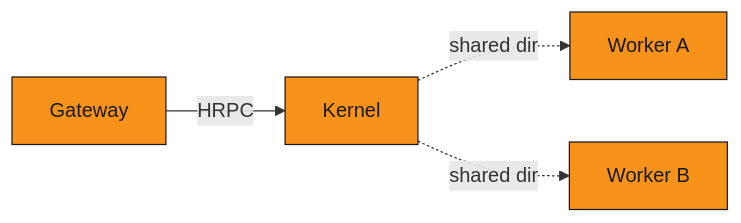
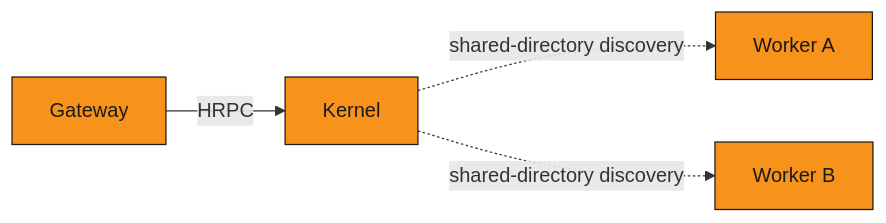
One commit to tekwani/mdk changed the second of 3 diagrams in docs/concepts/deployment-topologies.md. Above: the diagram before and after it, drawn with Mermaid. The commit also changed other lines of this file and 2410 other files, not shown here.

````diff
--- a/docs/concepts/deployment-topologies.md
+++ b/docs/concepts/deployment-topologies.md
@@ -46,7 +71,7 @@
 ```mermaid
 flowchart LR
   classDef mdk fill:#F7931A,stroke:#1A1A1A,color:#1A1A1A
   lApp["Gateway"]:::mdk -->|"HRPC"| lKernel["Kernel"]:::mdk
-  lKernel -.->|"shared dir"| lW1["Worker A"]:::mdk
-  lKernel -.->|"shared dir"| lW2["Worker B"]:::mdk
+  lKernel -.->|"shared-directory discovery"| lW1["Worker A"]:::mdk
+  lKernel -.->|"shared-directory discovery"| lW2["Worker B"]:::mdk
 ```
````
